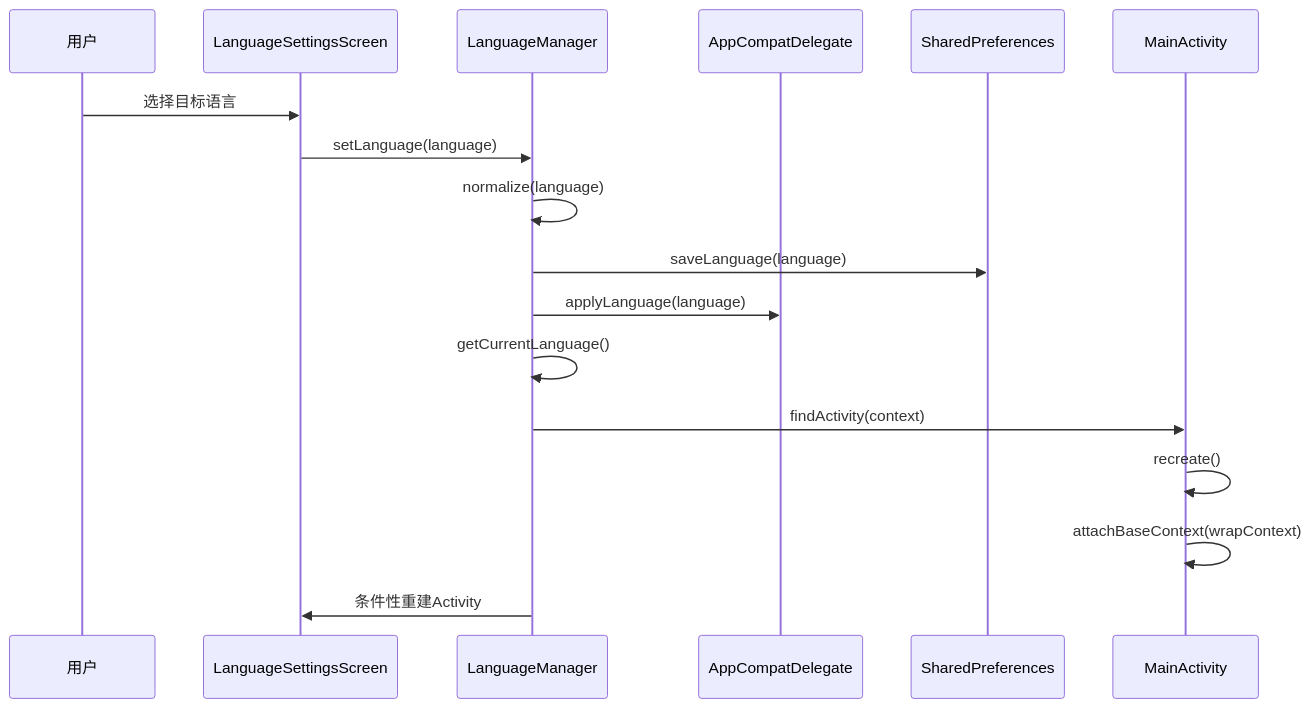
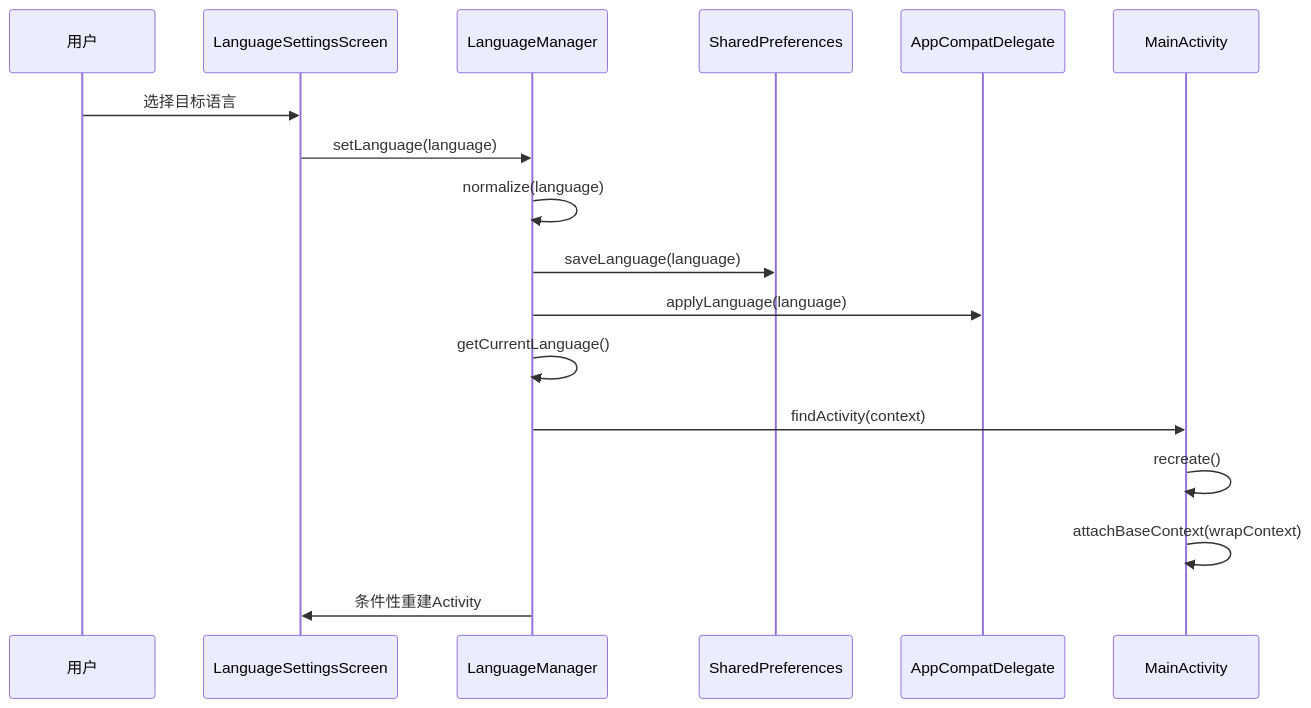
One commit to wanhongbo/ai-photo-vault changed the third of 7 diagrams in .qoder/repowiki/zh/content/系统集成/多语言本地化系统.md. Above: the diagram before and after it, drawn with Mermaid. The commit also changed other lines of this file and 22 other files, not shown here.

````diff
--- a/.qoder/repowiki/zh/content/系统集成/多语言本地化系统.md
+++ b/.qoder/repowiki/zh/content/系统集成/多语言本地化系统.md
@@ -147,19 +148,19 @@
 ```mermaid
 sequenceDiagram
 participant U as 用户
 participant UI as LanguageSettingsScreen
 participant LM as LanguageManager
+participant SP as SharedPreferences
 participant AC as AppCompatDelegate
-participant SP as SharedPreferences
 participant ACT as MainActivity
 U->>UI : 选择目标语言
 UI->>LM : setLanguage(language)
 LM->>LM : normalize(language)
 LM->>SP : saveLanguage(language)
 LM->>AC : applyLanguage(language)
 LM->>LM : getCurrentLanguage()
 LM->>ACT : findActivity(context)
 ACT->>ACT : recreate()
 ACT->>ACT : attachBaseContext(wrapContext)
 LM->>UI : 条件性重建Activity
 ```
````
